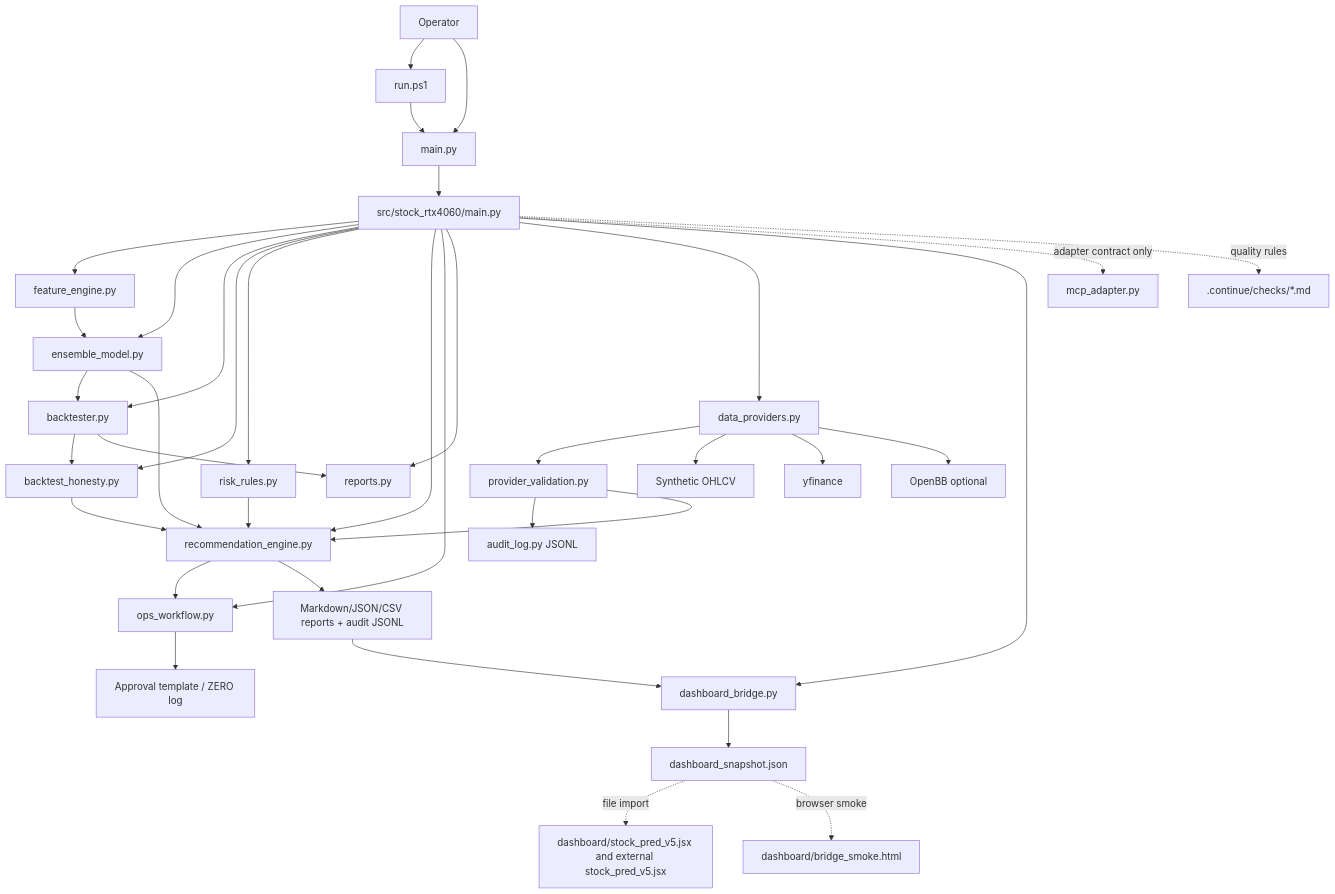
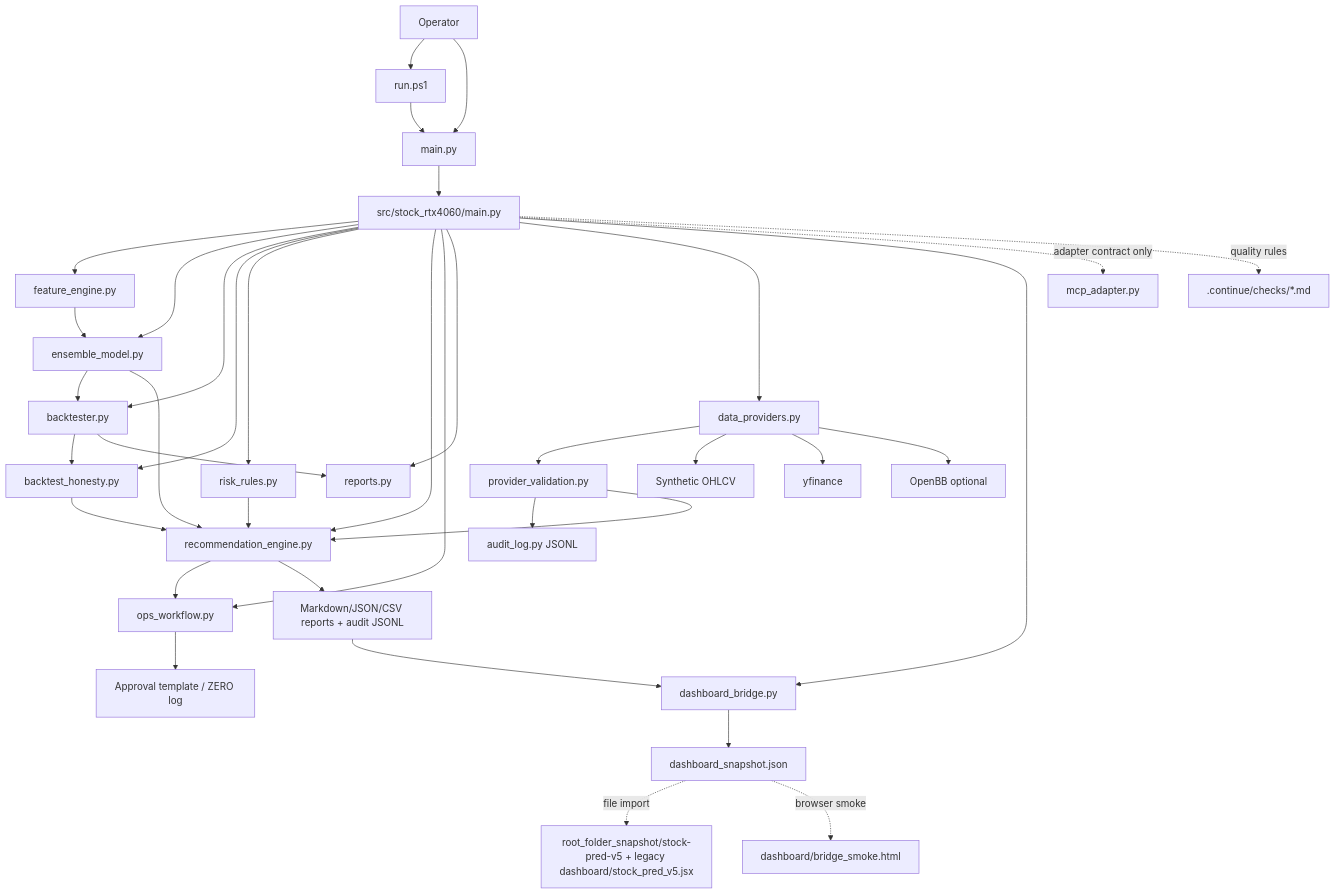
Before and after one commit to macho715/stock_hermes: the first of 16 diagrams in docs/SYSTEM_ARCHITECTURE.md, drawn with Mermaid. The commit also changed other lines of this file and 2 other files, not shown here.

Commit message:
docs: sync latest architecture changelog layout

````diff
--- a/docs/SYSTEM_ARCHITECTURE.md
+++ b/docs/SYSTEM_ARCHITECTURE.md
@@ -9,39 +9,39 @@
 ```mermaid
 flowchart TD
     User[Operator] --> Runner[run.ps1]
     User --> RootMain[main.py]
     Runner --> RootMain
     RootMain --> CLI[src/stock_rtx4060/main.py]
     CLI --> Feature[feature_engine.py]
     CLI --> Model[ensemble_model.py]
     CLI --> Backtest[backtester.py]
     CLI --> Honesty[backtest_honesty.py]
     CLI --> Risk[risk_rules.py]
     CLI --> Recommend[recommendation_engine.py]
     CLI --> Ops[ops_workflow.py]
     CLI --> Reports[reports.py]
     CLI --> Provider[data_providers.py]
     CLI --> DashboardBridge[dashboard_bridge.py]
     CLI -. adapter contract only .-> MCP[mcp_adapter.py]
     CLI -. quality rules .-> Continue[.continue/checks/*.md]
     Provider --> Gate[provider_validation.py]
     Gate --> Audit[audit_log.py JSONL]
     Provider --> Synthetic[Synthetic OHLCV]
     Provider --> YFinance[yfinance]
     Provider --> OpenBB[OpenBB optional]
     Feature --> Model
     Model --> Backtest
     Backtest --> Honesty
     Model --> Recommend
     Risk --> Recommend
     Gate --> Recommend
     Honesty --> Recommend
     Recommend --> Ops
     Backtest --> Reports
     Recommend --> Output[Markdown/JSON/CSV reports + audit JSONL]
     Output --> DashboardBridge
     DashboardBridge --> DashboardSnapshot[dashboard_snapshot.json]
-    DashboardSnapshot -. file import .-> Dashboard[dashboard/stock_pred_v5.jsx and external stock_pred_v5.jsx]
+    DashboardSnapshot -. file import .-> Dashboard[root_folder_snapshot/stock-pred-v5 + legacy dashboard/stock_pred_v5.jsx]
     DashboardSnapshot -. browser smoke .-> Harness[dashboard/bridge_smoke.html]
     Ops --> Approval[Approval template / ZERO log]
 ```
````
